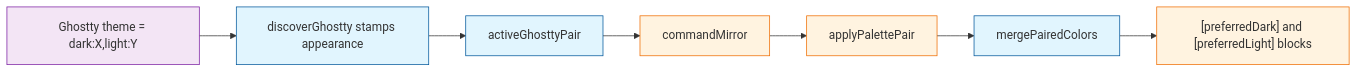
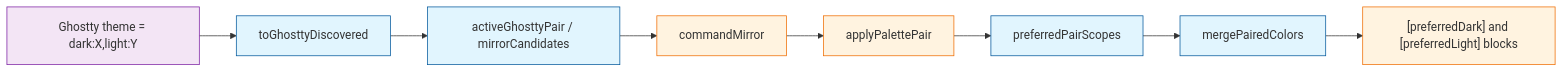
The diagram in memory-bank/active/tasks.md (Texarkanine/termeleon), drawn with Mermaid before and after one commit. The commit also changed other lines of this file and 2 other files, not shown here.

````diff
--- a/memory-bank/active/tasks.md
+++ b/memory-bank/active/tasks.md
@@ -9,13 +11,14 @@
 ```mermaid
 graph LR
     classDef core fill:#e1f5fe,stroke:#01579b;
     classDef vscode fill:#fff3e0,stroke:#ef6c00;
     classDef disk fill:#f3e5f5,stroke:#7b1fa2;
 
-    Config["Ghostty theme = dark:X,light:Y"]:::disk --> Discover["discoverGhostty stamps appearance"]:::core
-    Discover --> Pair["activeGhosttyPair"]:::core
+    Config["Ghostty theme = dark:X,light:Y"]:::disk --> Stamp["toGhosttyDiscovered"]:::core
+    Stamp --> Pair["activeGhosttyPair / mirrorCandidates"]:::core
     Pair --> Mirror["commandMirror"]:::vscode
     Mirror --> Apply["applyPalettePair"]:::vscode
-    Apply --> Merge["mergePairedColors"]:::core
+    Apply --> Scopes["preferredPairScopes"]:::core
+    Scopes --> Merge["mergePairedColors"]:::core
     Merge --> Settings["[preferredDark] and [preferredLight] blocks"]:::vscode
 ```
````
